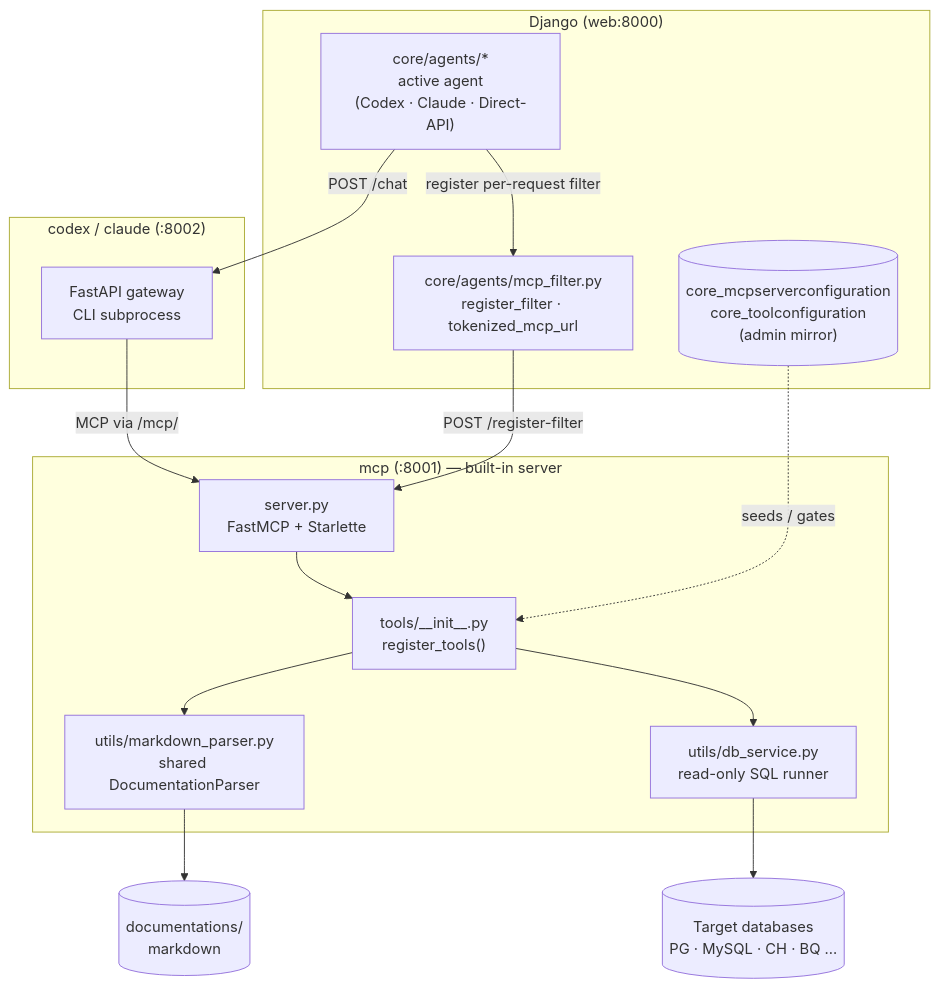
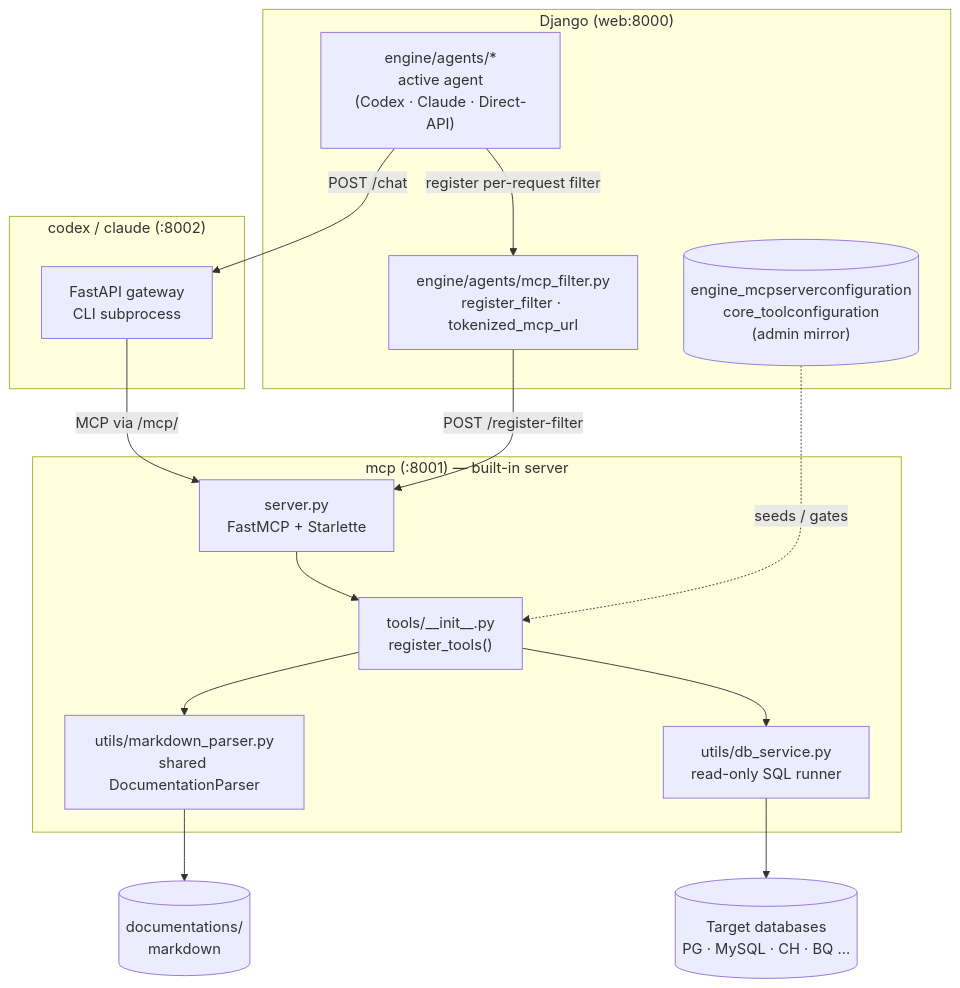
Before and after one commit to mpospirit-apps/TetherDust: the diagram in documentations/TetherDust Documentation/2. Features/5. Built-in MCP.md, drawn with Mermaid. The commit also changed other lines of this file and 341 other files, not shown here.

Commit message:
chore: rename Django apps (core -> engine, portal -> workspace, console -> management)

````diff
--- a/documentations/TetherDust Documentation/2. Features/5. Built-in MCP.md
+++ b/documentations/TetherDust Documentation/2. Features/5. Built-in MCP.md
@@ -24,33 +24,33 @@
 ```mermaid
 flowchart TD
     subgraph web["Django (web:8000)"]
-        Agent["core/agents/*\nactive agent\n(Codex · Claude · Direct-API)"]
-        Filter["core/agents/mcp_filter.py\nregister_filter · tokenized_mcp_url"]
-        DBmirror[("core_mcpserverconfiguration\ncore_toolconfiguration\n(admin mirror)")]
+        Agent["engine/agents/*\nactive agent\n(Codex · Claude · Direct-API)"]
+        Filter["engine/agents/mcp_filter.py\nregister_filter · tokenized_mcp_url"]
+        DBmirror[("engine_mcpserverconfiguration\ncore_toolconfiguration\n(admin mirror)")]
     end
 
     subgraph gw["codex / claude (:8002)"]
         Gateway["FastAPI gateway\nCLI subprocess"]
     end
 
     subgraph mcp["mcp (:8001) — built-in server"]
         Server["server.py\nFastMCP + Starlette"]
         Tools["tools/__init__.py\nregister_tools()"]
         Parser["utils/markdown_parser.py\nshared DocumentationParser"]
         DBsvc["utils/db_service.py\nread-only SQL runner"]
     end
 
     Targets[("Target databases\nPG · MySQL · CH · BQ …")]
     Docs[("documentations/\nmarkdown")]
 
     Agent -->|POST /chat| Gateway
     Agent -->|register per-request filter| Filter
     Filter -->|POST /register-filter| Server
     Gateway -->|MCP via /mcp/<token>| Server
     Server --> Tools
     Tools --> Parser
     Tools --> DBsvc
     DBsvc --> Targets
     Parser --> Docs
     DBmirror -. seeds / gates .-> Tools
 ```
````
